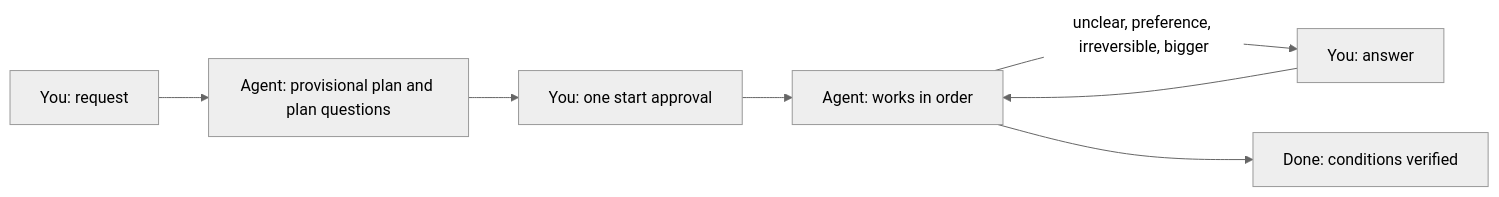
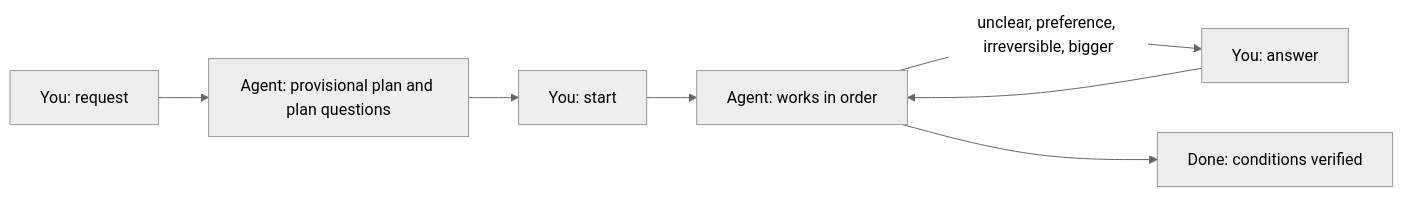
One commit to FooQoo/agent-board changed the diagram in docs/guide/index.md. Above: the diagram before and after it, drawn with Mermaid (neutral theme). The commit also changed other lines of this file and 52 other files, not shown here.

````diff
--- a/docs/guide/index.md
+++ b/docs/guide/index.md
@@ -45,9 +45,9 @@
 ```mermaid
 flowchart LR
     R["You: request"] --> P["Agent: provisional plan and plan questions"]
-    P --> A["You: one start approval"]
+    P --> A["You: start"]
     A --> W["Agent: works in order"]
     W -- "unclear, preference, irreversible, bigger" --> Q["You: answer"]
     Q --> W
     W --> D["Done: conditions verified"]
 ```
````
